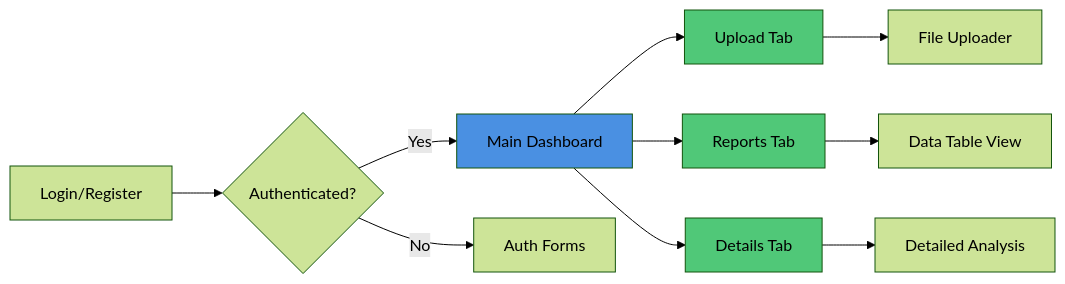
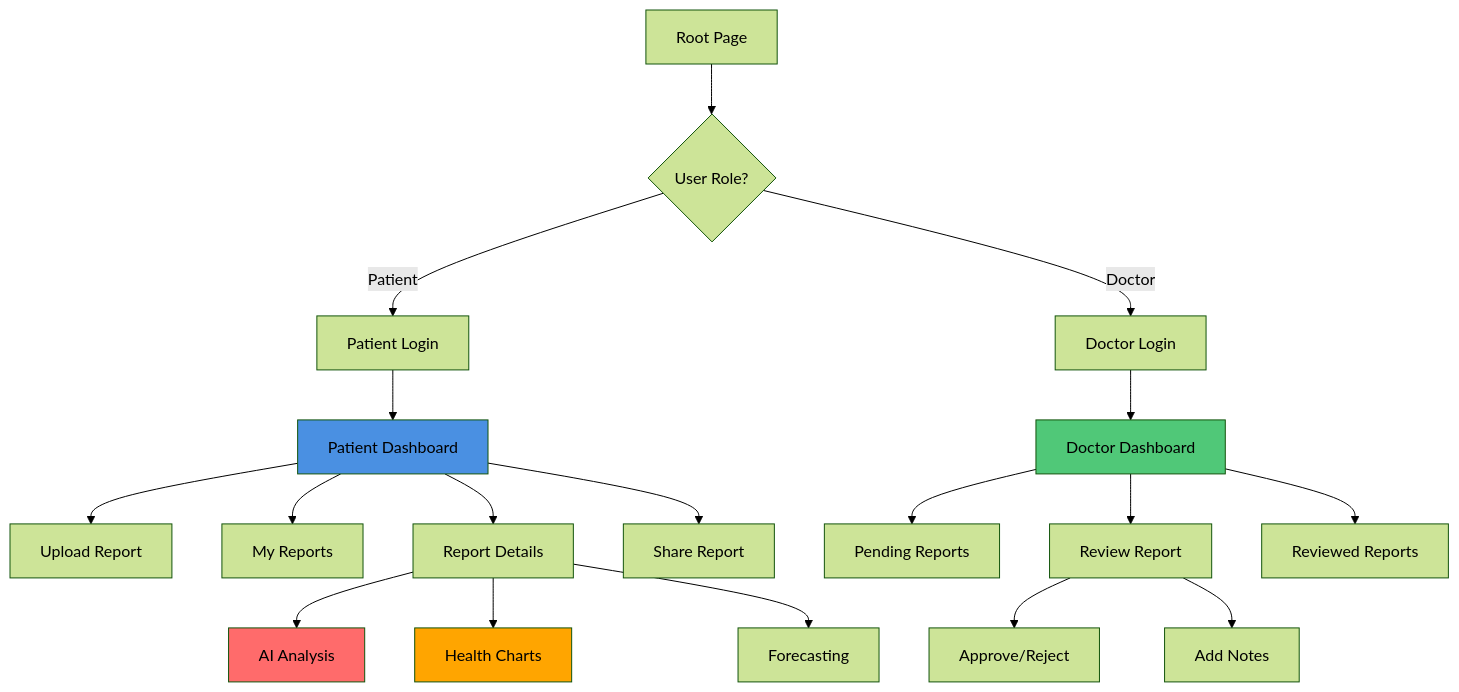
One commit to AnvinX1/Aivara changed the fourth of 9 diagrams in README.md. Above: the diagram before and after it, drawn with Mermaid (forest theme). The commit also changed other lines of this file and 50 other files, not shown here.

````diff
--- a/README.md
+++ b/README.md
@@ -629,17 +893,25 @@
 ```mermaid
-graph LR
-    A[Login/Register] --> B{Authenticated?}
-    B -->|Yes| C[Main Dashboard]
-    B -->|No| D[Auth Forms]
-    C --> E[Upload Tab]
-    C --> F[Reports Tab]
-    C --> G[Details Tab]
-    E --> H[File Uploader]
-    F --> I[Data Table View]
-    G --> J[Detailed Analysis]
+graph TB
+    A[Root Page] --> B{User Role?}
+    B -->|Patient| C[Patient Login]
+    B -->|Doctor| D[Doctor Login]
+    C --> E[Patient Dashboard]
+    D --> F[Doctor Dashboard]
+    E --> G[Upload Report]
+    E --> H[My Reports]
+    E --> I[Report Details]
+    E --> J[Share Report]
+    I --> K[AI Analysis]
+    I --> L[Health Charts]
+    I --> M[Forecasting]
+    F --> N[Pending Reports]
+    F --> O[Review Report]
+    F --> P[Reviewed Reports]
+    O --> Q[Approve/Reject]
+    O --> R[Add Notes]
     
-    style C fill:#4A90E2
-    style E fill:#50C878
+    style E fill:#4A90E2
     style F fill:#50C878
-    style G fill:#50C878
+    style K fill:#FF6B6B
+    style L fill:#FFA500
 ```
````
